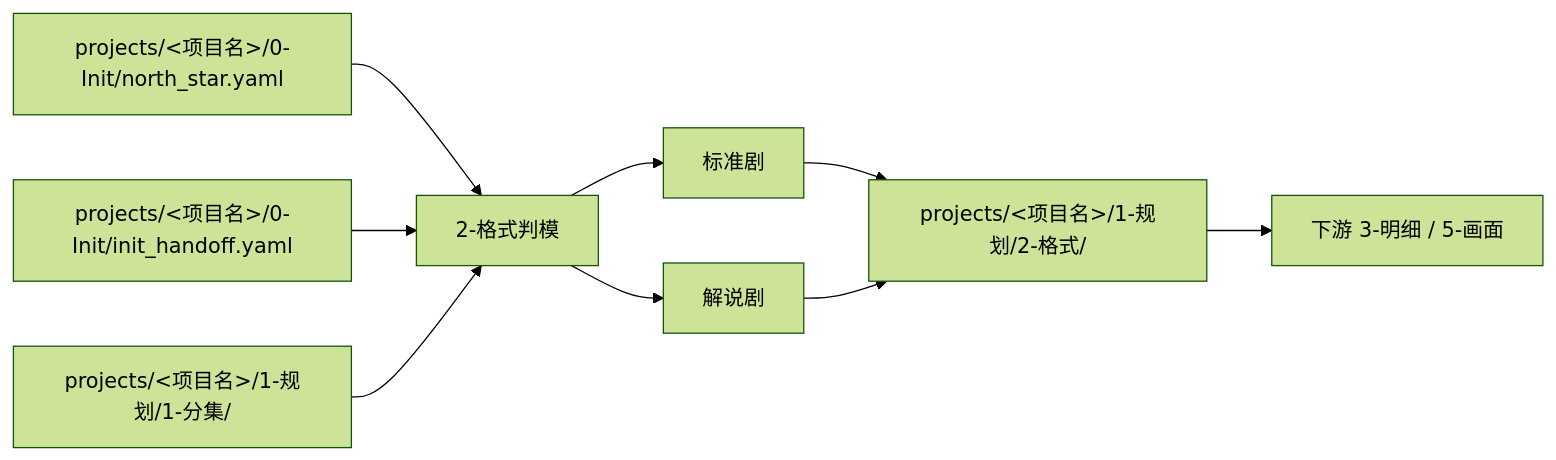
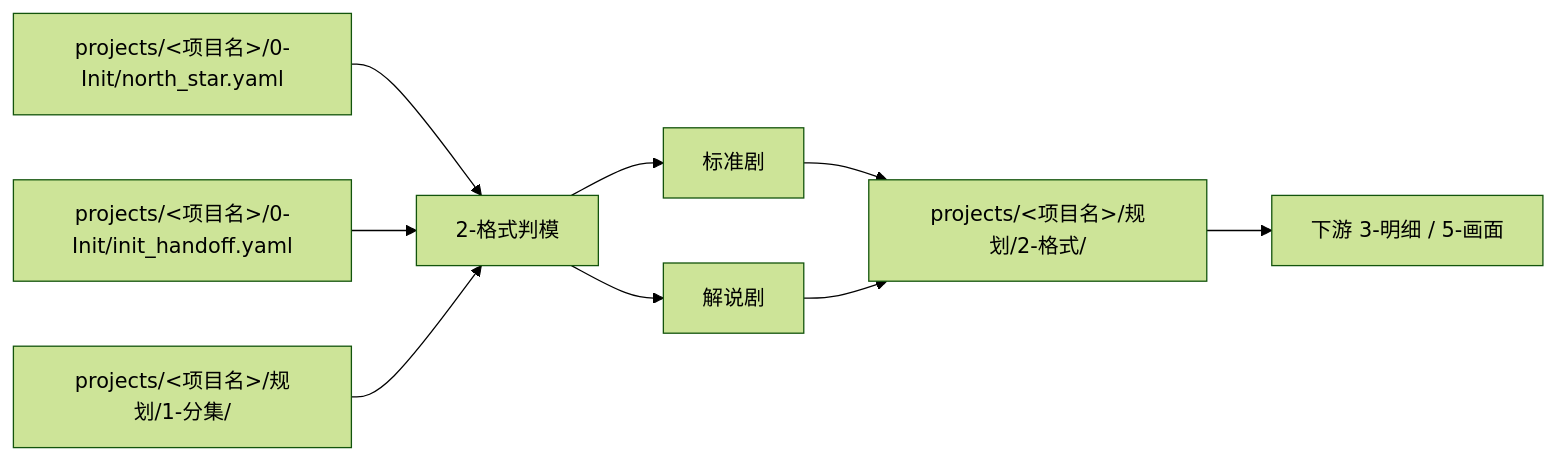
The second of 2 diagrams in .agents/skills/aigc/1-规划/subtypes/2-格式/SKILL.md (ZEN-VOID/AI-CUT), drawn with Mermaid (forest theme) before and after one commit. The commit also changed other lines of this file and 70 other files, not shown here.

````diff
--- a/.agents/skills/aigc/1-规划/subtypes/2-格式/SKILL.md
+++ b/.agents/skills/aigc/1-规划/subtypes/2-格式/SKILL.md
@@ -83,11 +83,11 @@
 ```mermaid
 flowchart LR
     A["projects/<项目名>/0-Init/north_star.yaml"] --> D["2-格式判模"]
     B["projects/<项目名>/0-Init/init_handoff.yaml"] --> D
-    C["projects/<项目名>/1-规划/1-分集/"] --> D
+    C["projects/<项目名>/规划/1-分集/"] --> D
     D --> E["标准剧"]
     D --> F["解说剧"]
-    E --> G["projects/<项目名>/1-规划/2-格式/"]
+    E --> G["projects/<项目名>/规划/2-格式/"]
     F --> G
     G --> H["下游 3-明细 / 5-画面"]
 ```
````
